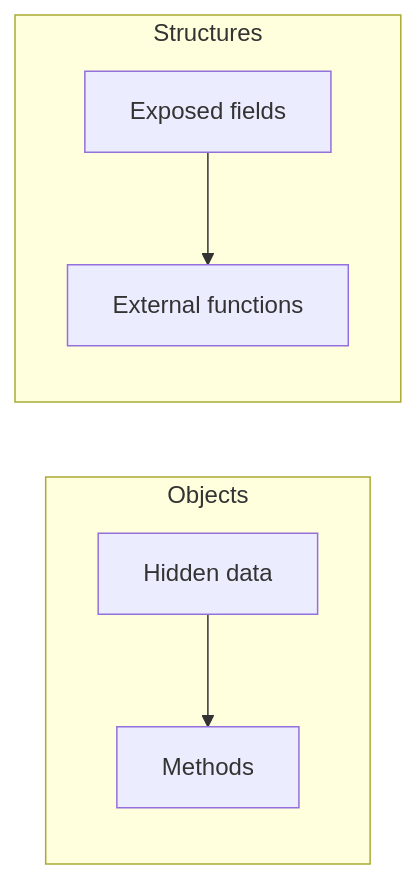
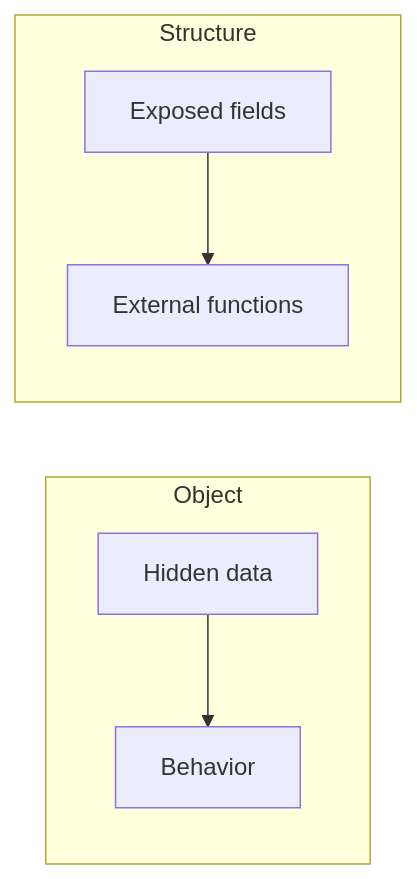
The first of 2 diagrams in _cleancode/ch06-objects-and-data-structures.md (pmagnomuller/pmagnomuller.github.io), drawn with Mermaid before and after one commit. The commit also changed other lines of this file and 28 other files, not shown here.

````diff
--- a/_cleancode/ch06-objects-and-data-structures.md
+++ b/_cleancode/ch06-objects-and-data-structures.md
@@ -20,9 +37,9 @@
 ```mermaid
 flowchart LR
-  subgraph Objects
-    O[Hidden data] --> M[Methods]
+  subgraph Object
+    Hidden[Hidden data] --> Methods[Behavior]
   end
-  subgraph Structures
-    D[Exposed fields] --> F[External functions]
+  subgraph Structure
+    Fields[Exposed fields] --> Fns[External functions]
   end
 ```
````
